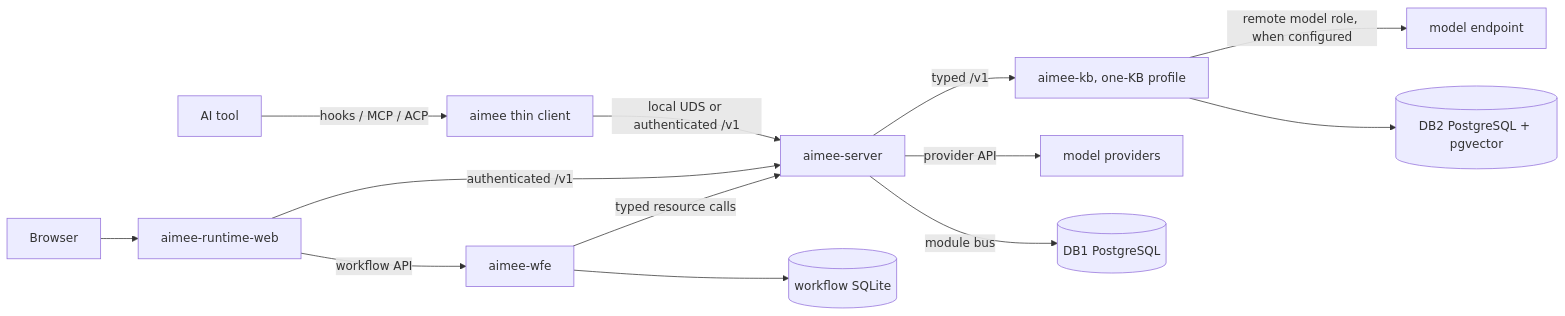
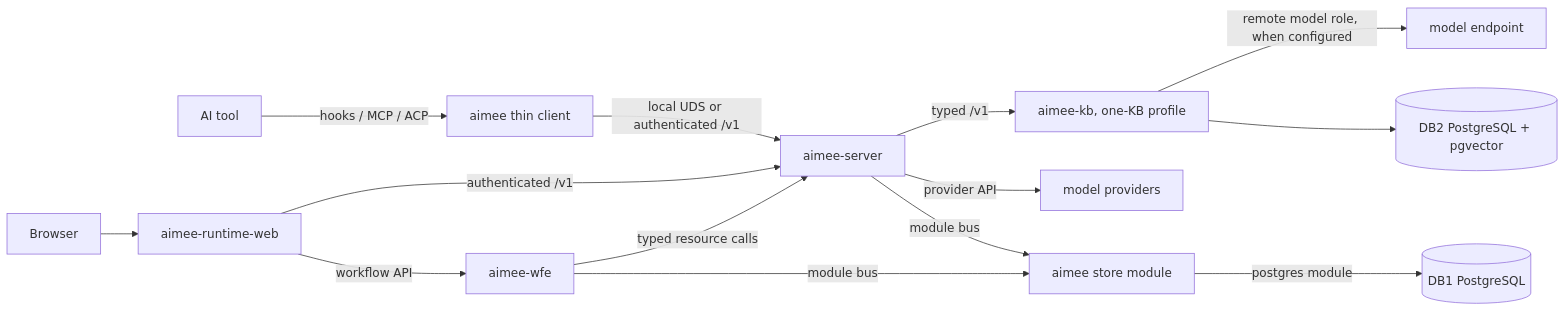
Before and after one commit to RakuenSoftware/aimee: the first of 2 diagrams in docs/ARCHITECTURE.md, drawn with Mermaid. The commit also changed other lines of this file and 65 other files, not shown here.

First line of the commit message:
storage: move server state to Postgres and isolate SQLite WORM

````diff
--- a/docs/ARCHITECTURE.md
+++ b/docs/ARCHITECTURE.md
@@ -9,15 +9,16 @@
 ```mermaid
 flowchart LR
     T[AI tool] -->|hooks / MCP / ACP| C[aimee thin client]
     B[Browser] --> W[aimee-runtime-web]
     C -->|local UDS or authenticated /v1| S[aimee-server]
     W -->|authenticated /v1| S
     W -->|workflow API| F[aimee-wfe]
     F -->|typed resource calls| S
     S -->|typed /v1| K[aimee-kb, one-KB profile]
     S -->|provider API| P[model providers]
     K -->|remote model role, when configured| X[model endpoint]
-    S -->|module bus| D1[(DB1 PostgreSQL)]
-    F --> WF[(workflow SQLite)]
+    S -->|module bus| M[aimee store module]
+    F -->|module bus| M
+    M -->|postgres module| D1[(DB1 PostgreSQL)]
     K --> D2[(DB2 PostgreSQL + pgvector)]
 ```
````
